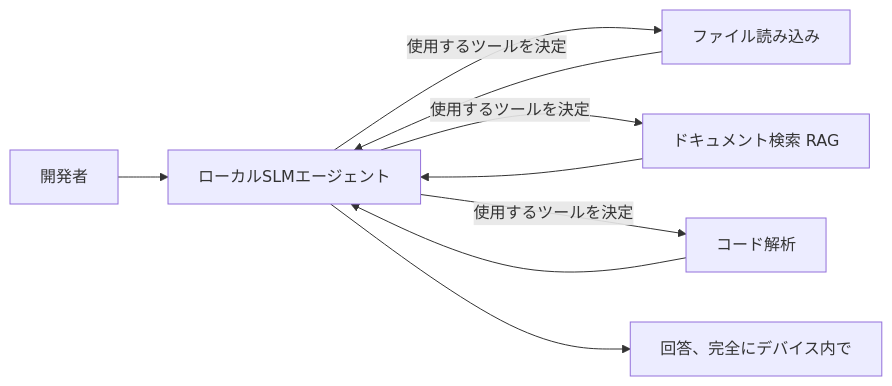
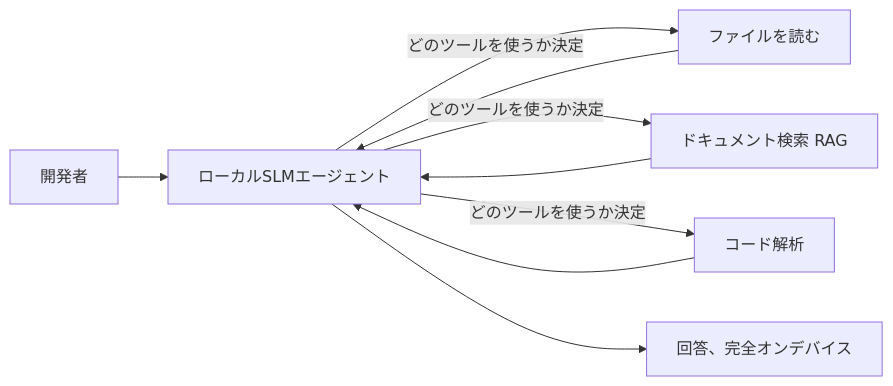
Before and after one commit to microsoft/ai-agents-for-beginners: the first of 4 diagrams in translations/ja/17-creating-local-ai-agents/README.md, drawn with Mermaid. The commit also changed other lines of this file and 46 other files, not shown here.

````diff
--- a/translations/ja/17-creating-local-ai-agents/README.md
+++ b/translations/ja/17-creating-local-ai-agents/README.md
@@ -66,11 +66,11 @@
 ```mermaid
 flowchart LR
     U[開発者] --> A[ローカルSLMエージェント]
-    A -->|使用するツールを決定| T1[ファイル読み込み]
-    A -->|使用するツールを決定| T2[ドキュメント検索 RAG]
-    A -->|使用するツールを決定| T3[コード解析]
+    A -->|どのツールを使うか決定| T1[ファイルを読む]
+    A -->|どのツールを使うか決定| T2[ドキュメント検索 RAG]
+    A -->|どのツールを使うか決定| T3[コード解析]
     T1 --> A
     T2 --> A
     T3 --> A
-    A --> R[回答、完全にデバイス内で]
+    A --> R[回答、完全オンデバイス]
 ```
````
